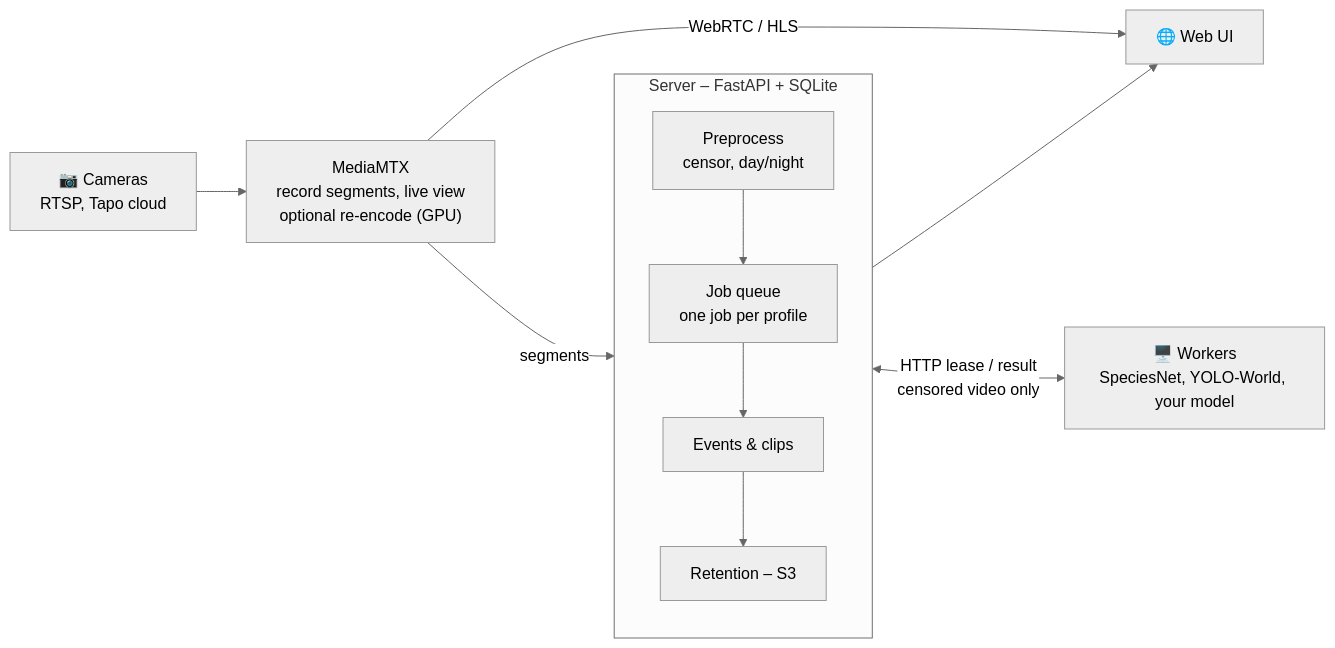
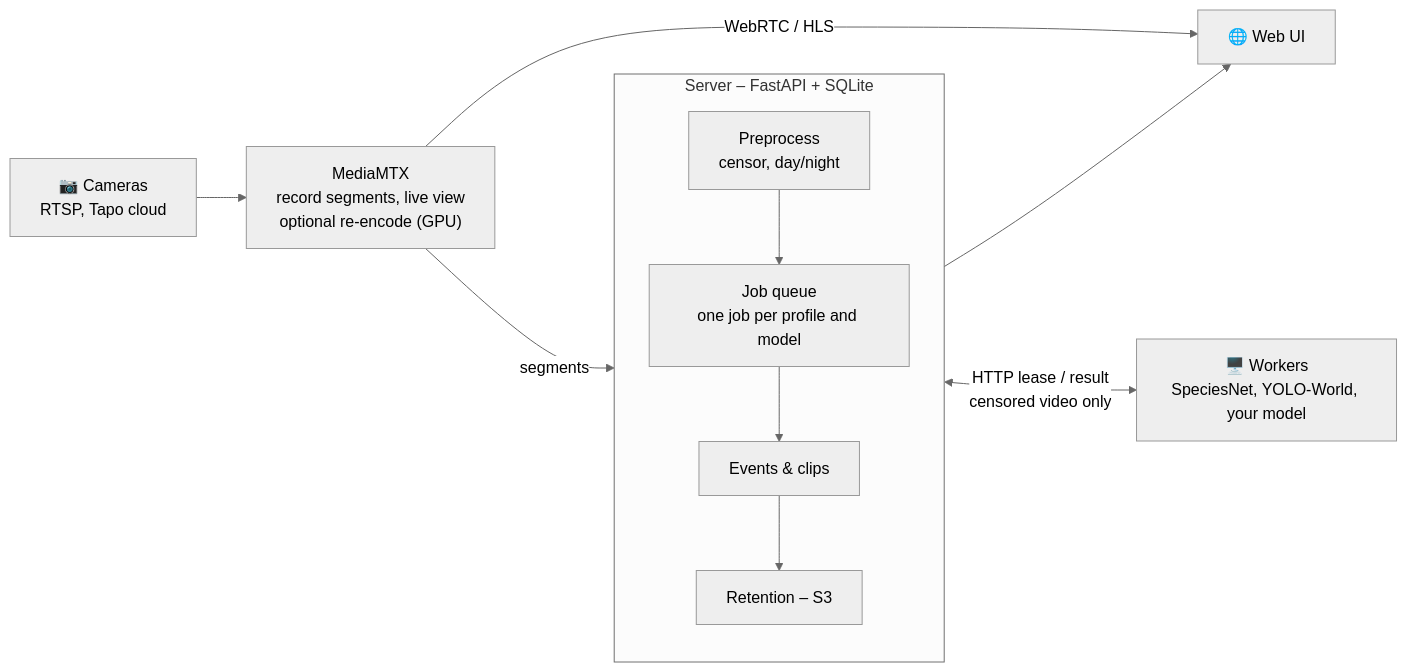
One commit to nikteg/foxcam changed the diagram in README.md. Above: the diagram before and after it, drawn with Mermaid (neutral theme). The commit also changed other lines of this file and 23 other files, not shown here.

First line of the commit message:
Several detectors (models) per detection profile

````diff
--- a/README.md
+++ b/README.md
@@ -94,13 +94,13 @@
 ```mermaid
 flowchart LR
   cams["📷 Cameras<br/>RTSP, Tapo cloud"] --> mtx["MediaMTX<br/>record segments, live view<br/>optional re-encode (GPU)"]
   mtx -->|segments| pre
   subgraph server ["Server – FastAPI + SQLite"]
     direction TB
-    pre["Preprocess<br/>censor, day/night"] --> q["Job queue<br/>one job per profile"]
+    pre["Preprocess<br/>censor, day/night"] --> q["Job queue<br/>one job per profile and model"]
     q --> ev["Events & clips"] --> ret["Retention – S3"]
   end
   q <-->|"HTTP lease / result<br/>censored video only"| workers["🖥️ Workers<br/>SpeciesNet, YOLO-World, your model"]
   server --> ui["🌐 Web UI"]
   mtx -->|WebRTC / HLS| ui
 ```
````
